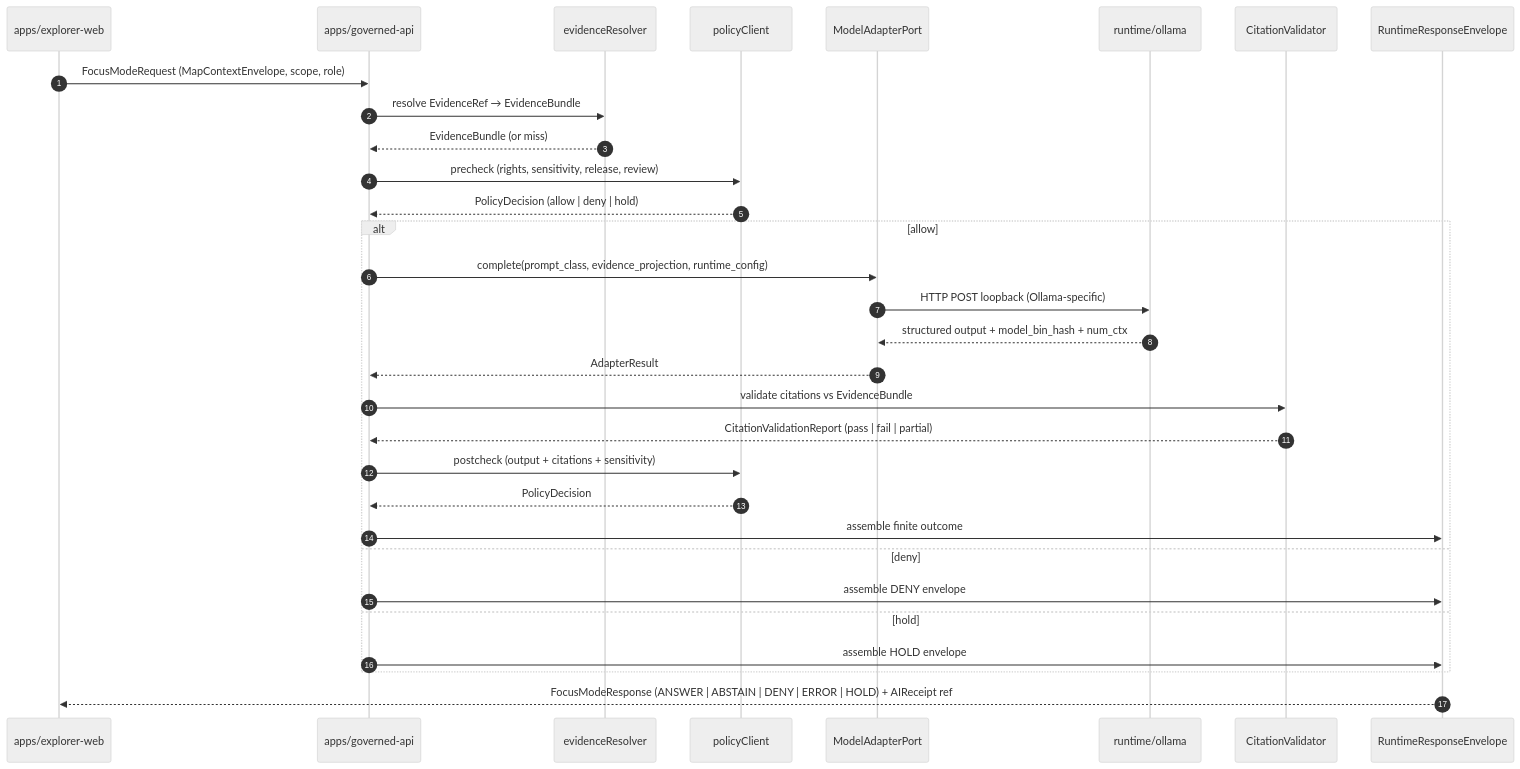
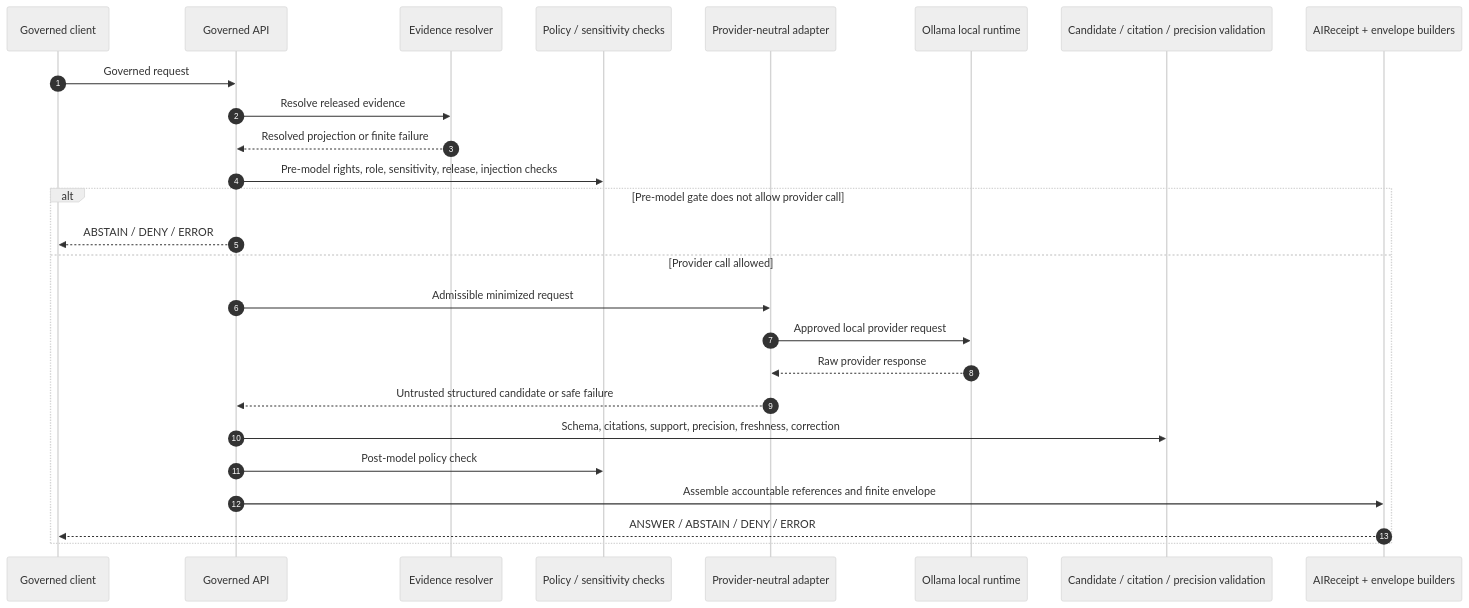
Before and after one commit to bartytime4life/Kansas-Frontier-Matrix: the third of 3 diagrams in docs/architecture/governed-ai/OLLAMA_INTEGRATION.md, drawn with Mermaid (neutral theme). The commit also changed other lines of this file, not shown here.

Commit message:
docs(ai): ground Ollama integration boundary

````diff
--- a/docs/architecture/governed-ai/OLLAMA_INTEGRATION.md
+++ b/docs/architecture/governed-ai/OLLAMA_INTEGRATION.md
@@ -305,34 +498,29 @@
 ```mermaid
 sequenceDiagram
-  autonumber
-  participant UI as apps/explorer-web
-  participant API as apps/governed-api
-  participant ER as evidenceResolver
-  participant POL as policyClient
-  participant ADP as ModelAdapterPort
-  participant OLL as runtime/ollama
-  participant CV as CitationValidator
-  participant ENV as RuntimeResponseEnvelope
+    autonumber
+    participant Client as Governed client
+    participant API as Governed API
+    participant Evidence as Evidence resolver
+    participant Policy as Policy / sensitivity checks
+    participant Adapter as Provider-neutral adapter
+    participant Ollama as Ollama local runtime
+    participant Validate as Candidate / citation / precision validation
+    participant Receipt as AIReceipt + envelope builders
 
-  UI->>API: FocusModeRequest (MapContextEnvelope, scope, role)
-  API->>ER: resolve EvidenceRef → EvidenceBundle
-  ER-->>API: EvidenceBundle (or miss)
-  API->>POL: precheck (rights, sensitivity, release, review)
-  POL-->>API: PolicyDecision (allow | deny | hold)
-  alt allow
-    API->>ADP: complete(prompt_class, evidence_projection, runtime_config)
-    ADP->>OLL: HTTP POST loopback (Ollama-specific)
-    OLL-->>ADP: structured output + model_bin_hash + num_ctx
-    ADP-->>API: AdapterResult
-    API->>CV: validate citations vs EvidenceBundle
-    CV-->>API: CitationValidationReport (pass | fail | partial)
-    API->>POL: postcheck (output + citations + sensitivity)
-    POL-->>API: PolicyDecision
-    API->>ENV: assemble finite outcome
-  else deny
-    API->>ENV: assemble DENY envelope
-  else hold
-    API->>ENV: assemble HOLD envelope
-  end
-  ENV-->>UI: FocusModeResponse (ANSWER | ABSTAIN | DENY | ERROR | HOLD) + AIReceipt ref
+    Client->>API: Governed request
+    API->>Evidence: Resolve released evidence
+    Evidence-->>API: Resolved projection or finite failure
+    API->>Policy: Pre-model rights, role, sensitivity, release, injection checks
+    alt Pre-model gate does not allow provider call
+        API-->>Client: ABSTAIN / DENY / ERROR
+    else Provider call allowed
+        API->>Adapter: Admissible minimized request
+        Adapter->>Ollama: Approved local provider request
+        Ollama-->>Adapter: Raw provider response
+        Adapter-->>API: Untrusted structured candidate or safe failure
+        API->>Validate: Schema, citations, support, precision, freshness, correction
+        API->>Policy: Post-model policy check
+        API->>Receipt: Assemble accountable references and finite envelope
+        Receipt-->>Client: ANSWER / ABSTAIN / DENY / ERROR
+    end
 ```
````
